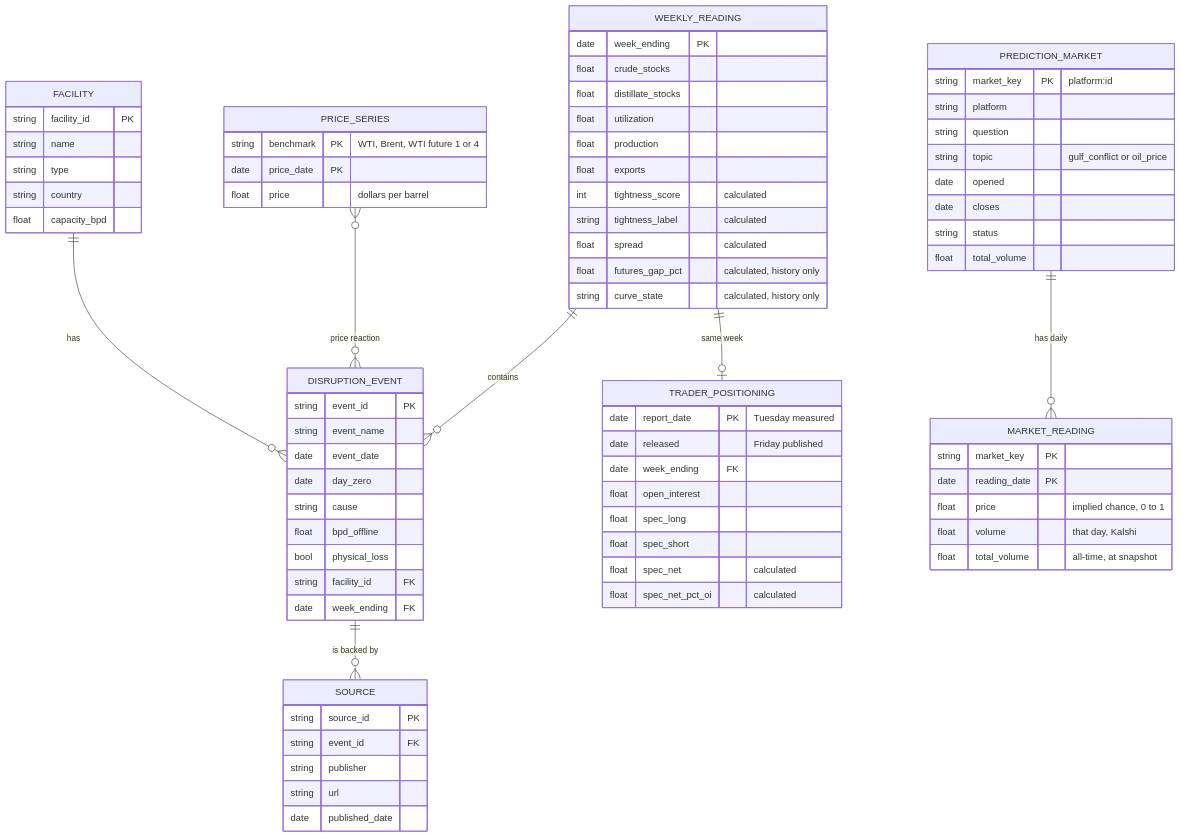
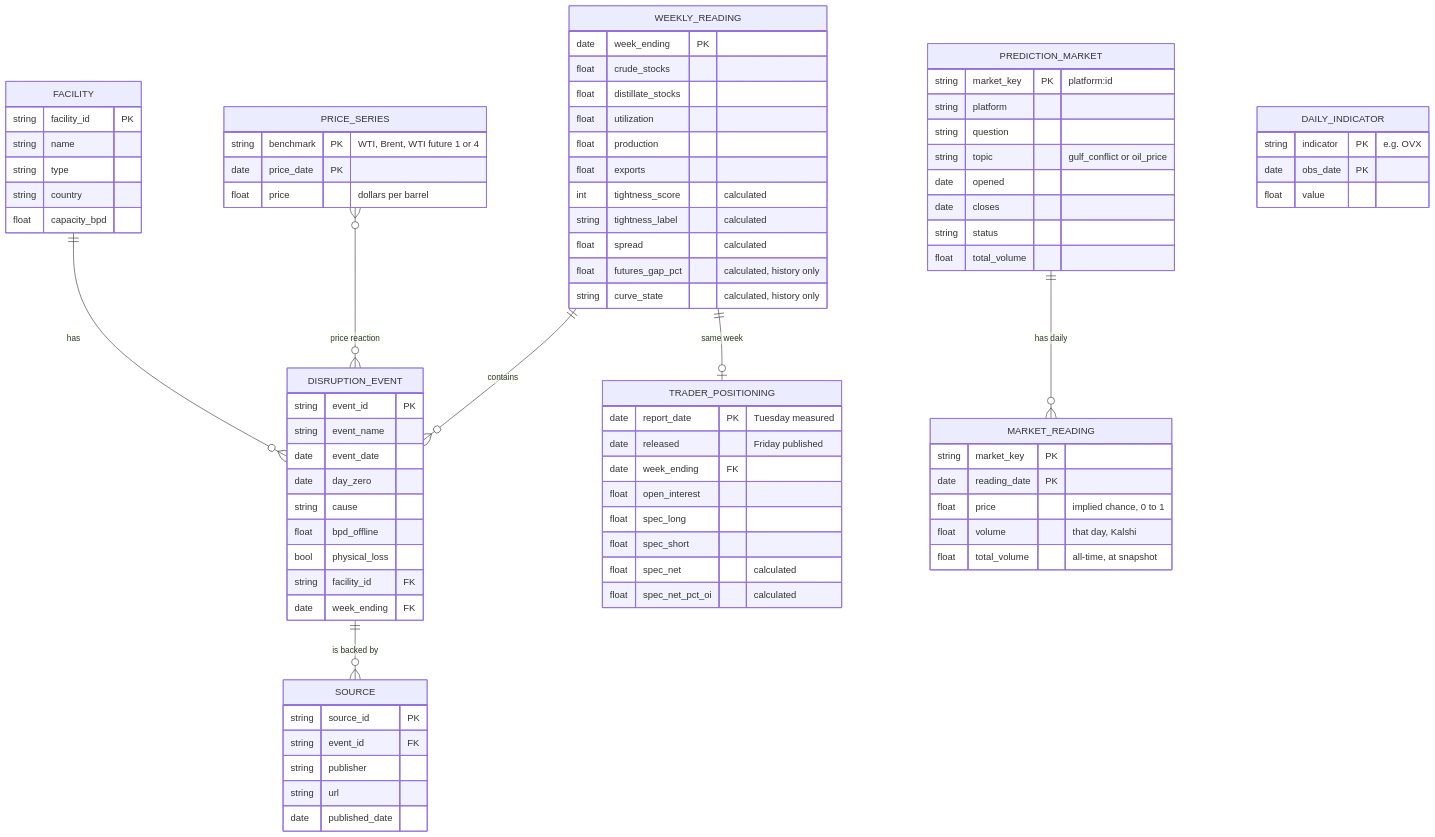
Before and after one commit to domenicguanciale/crude-market-monitor: the diagram in README.md, drawn with Mermaid. The commit also changed other lines of this file and 2 other files, not shown here.

First line of the commit message:
Load OVX daily from the FRED API (item 6)

```diff
--- a/README.md
+++ b/README.md
@@ -101,6 +101,12 @@
     }
     PREDICTION_MARKET ||--o{ MARKET_READING : "has daily"
     WEEKLY_READING ||--o| TRADER_POSITIONING : "same week"
+
+    DAILY_INDICATOR {
+        string indicator PK "e.g. OVX"
+        date obs_date PK
+        float value
+    }
 
     TRADER_POSITIONING {
         date report_date PK "Tuesday measured"
```
